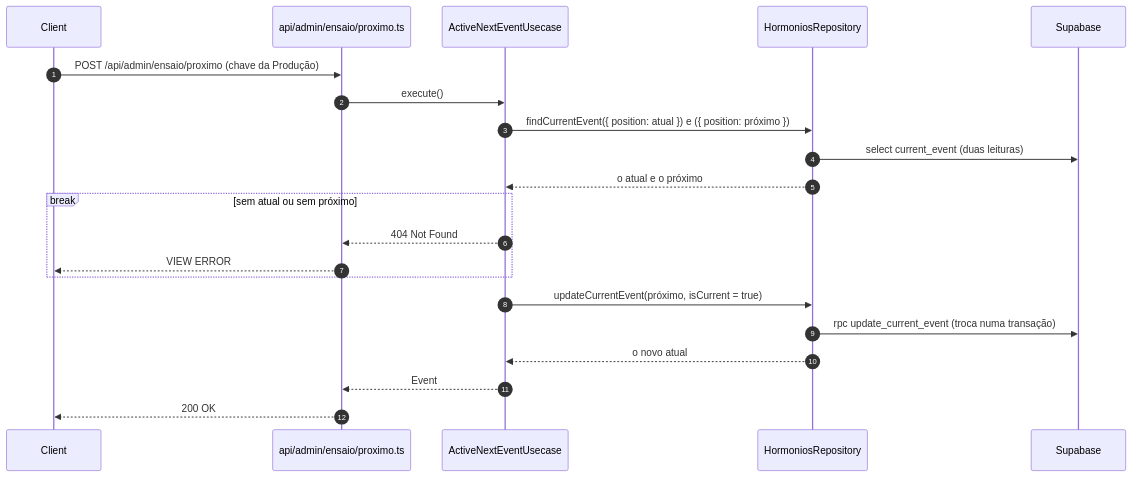
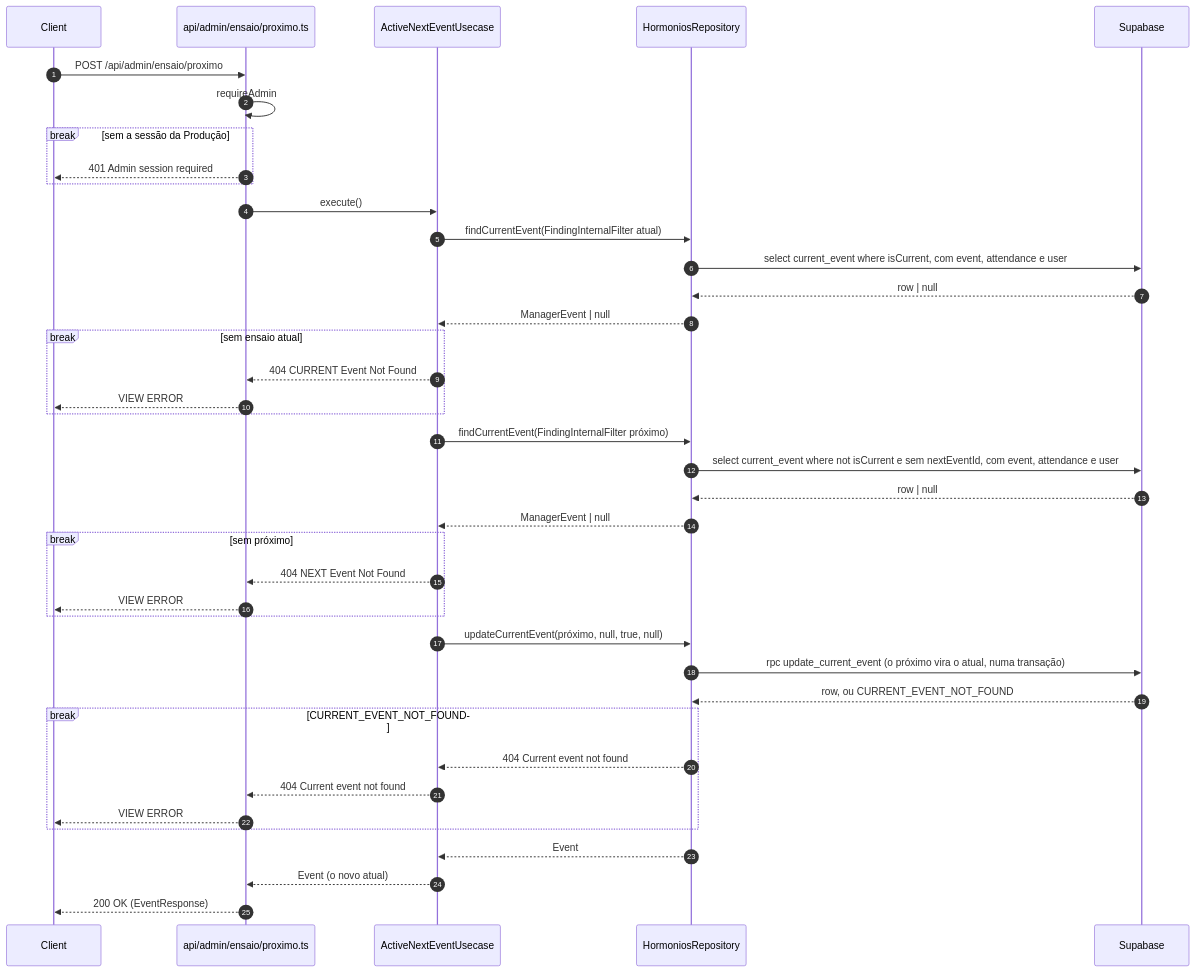
One commit to brubriele/hormonios-garoa changed the fifth of 5 diagrams in docs/usecases/producao.md. Above: the diagram before and after it, drawn with Mermaid. The commit also changed other lines of this file and 4 other files, not shown here.

First line of the commit message:
docs: diagramas de sequência dos usecases no formato da skill sequence-diagram

````diff
--- a/docs/usecases/producao.md
+++ b/docs/usecases/producao.md
@@ -229,24 +335,43 @@
 ```mermaid
 sequenceDiagram
     autonumber
     participant C as Client
     participant APP as api/admin/ensaio/proximo.ts
     participant UC as ActiveNextEventUsecase
     participant HR as HormoniosRepository
     participant DB as Supabase
 
-    C->>APP: POST /api/admin/ensaio/proximo (chave da Produção)
+    C->>APP: POST /api/admin/ensaio/proximo
+    APP->>APP: requireAdmin
+    break sem a sessão da Produção
+        APP-->>C: 401 Admin session required
+    end
     APP->>UC: execute()
-    UC->>HR: findCurrentEvent({ position: atual }) e ({ position: próximo })
-    HR->>DB: select current_event (duas leituras)
-    HR-->>UC: o atual e o próximo
-    break sem atual ou sem próximo
-        UC-->>APP: 404 Not Found
+    UC->>HR: findCurrentEvent(FindingInternalFilter atual)
+    HR->>DB: select current_event where isCurrent, com event, attendance e user
+    DB-->>HR: row | null
+    HR-->>UC: ManagerEvent | null
+    break sem ensaio atual
+        UC-->>APP: 404 CURRENT Event Not Found
         APP-->>C: VIEW ERROR
     end
-    UC->>HR: updateCurrentEvent(próximo, isCurrent = true)
-    HR->>DB: rpc update_current_event (troca numa transação)
-    HR-->>UC: o novo atual
-    UC-->>APP: Event
-    APP-->>C: 200 OK
+    UC->>HR: findCurrentEvent(FindingInternalFilter próximo)
+    HR->>DB: select current_event where not isCurrent e sem nextEventId, com event, attendance e user
+    DB-->>HR: row | null
+    HR-->>UC: ManagerEvent | null
+    break sem próximo
+        UC-->>APP: 404 NEXT Event Not Found
+        APP-->>C: VIEW ERROR
+    end
+    UC->>HR: updateCurrentEvent(próximo, null, true, null)
+    HR->>DB: rpc update_current_event (o próximo vira o atual, numa transação)
+    DB-->>HR: row, ou CURRENT_EVENT_NOT_FOUND
+    break CURRENT_EVENT_NOT_FOUND
+        HR-->>UC: 404 Current event not found
+        UC-->>APP: 404 Current event not found
+        APP-->>C: VIEW ERROR
+    end
+    HR-->>UC: Event
+    UC-->>APP: Event (o novo atual)
+    APP-->>C: 200 OK (EventResponse)
 ```
````
